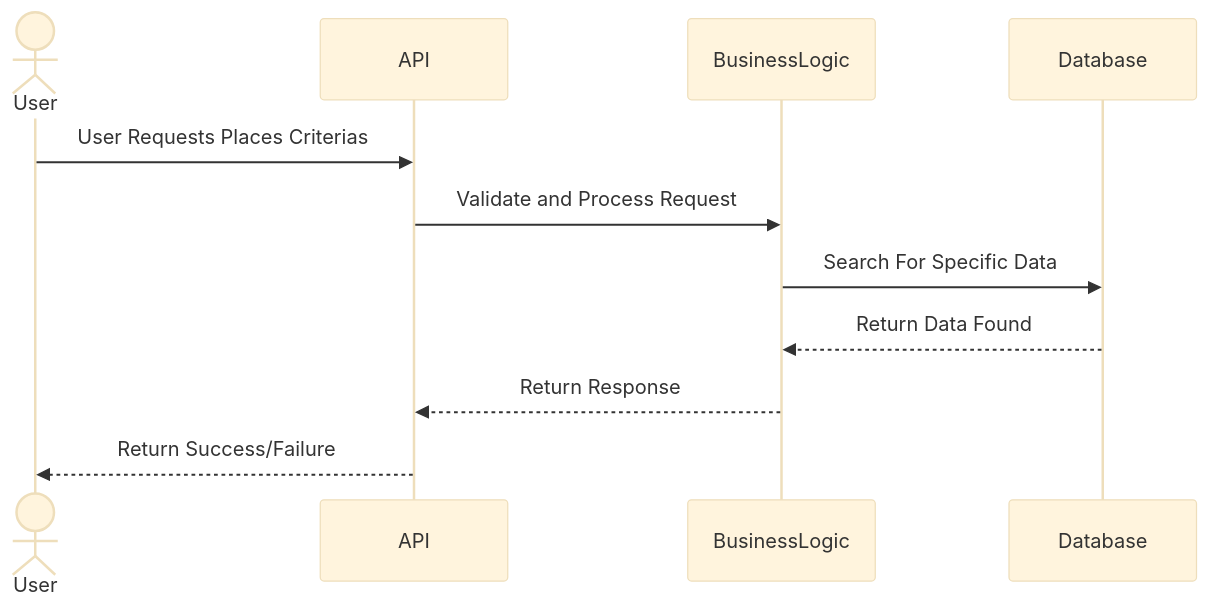
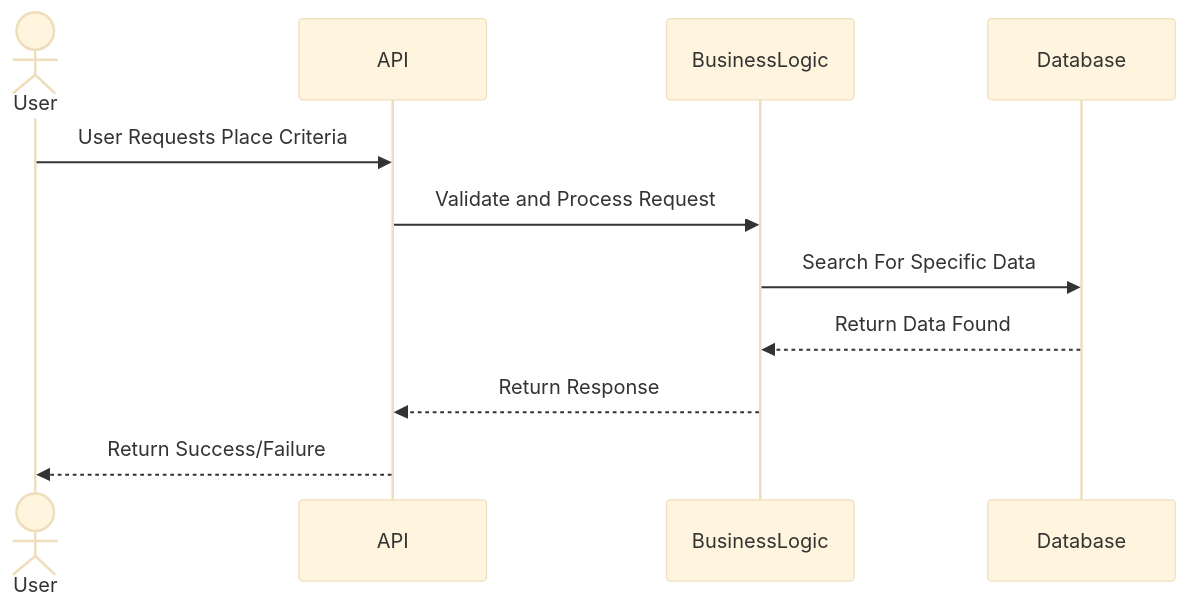
The diagram in part1/Sequence_Diagram_Place_Criteria.md (MElisoltanov/holbertonschool-hbnb), drawn with Mermaid (base theme) before and after one commit.

Commit message:
Add sequence diagram for place criteria process

````diff
--- a/part1/Sequence_Diagram_Place_Criteria.md
+++ b/part1/Sequence_Diagram_Place_Criteria.md
@@ -2,14 +2,14 @@
 ```mermaid
 sequenceDiagram
 Actor User
 participant API
 participant BusinessLogic
 participant Database
 
-User->>API: User Requests Places Criterias
+User->>API: User Requests Place Criteria
 API->>BusinessLogic: Validate and Process Request
 BusinessLogic->>Database: Search For Specific Data
 Database-->>BusinessLogic: Return Data Found
 BusinessLogic-->>API: Return Response
 API-->>User: Return Success/Failure
 ```
````
